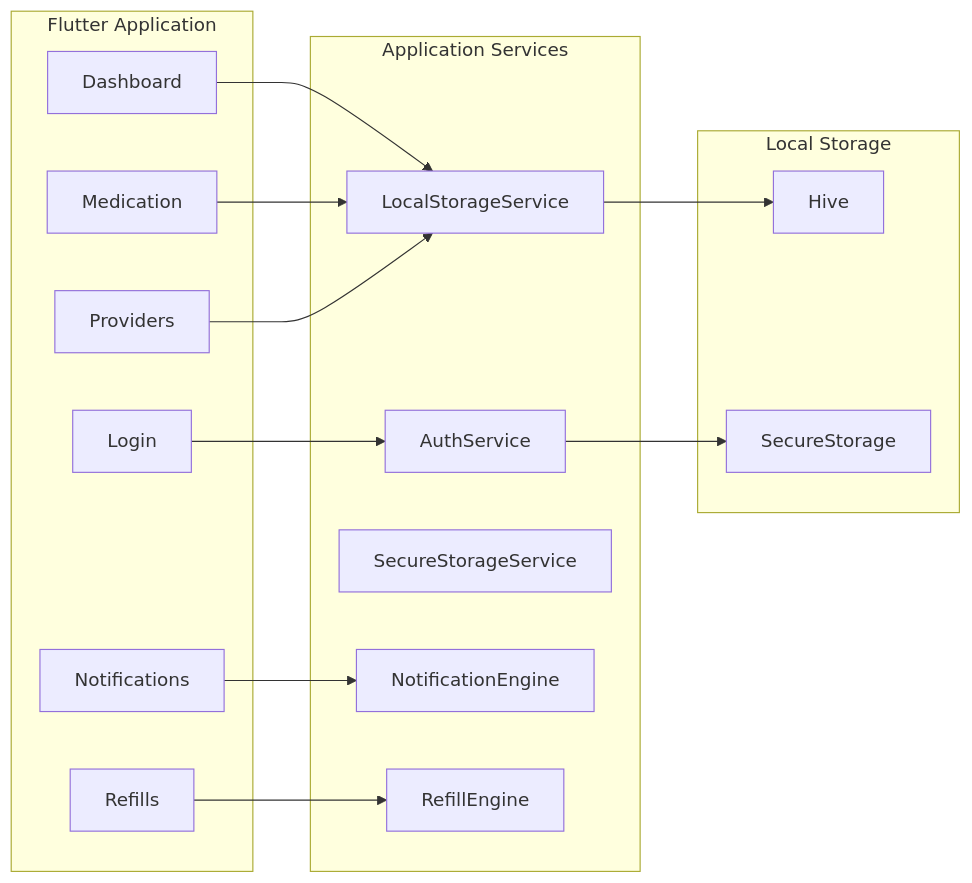
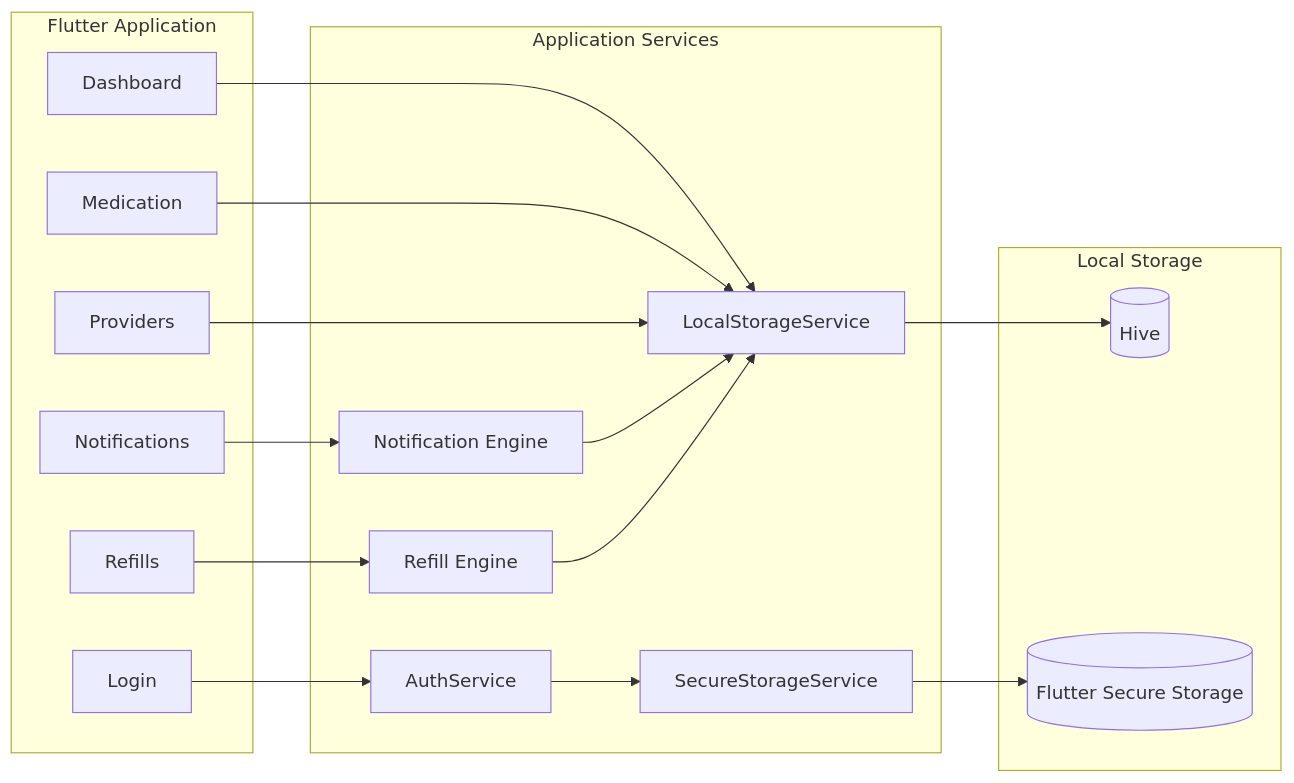
One commit to rxanderx/CSE-397-RxNOW changed the second of 8 diagrams in Teamwork/backEnd-visuals.md. Above: the diagram before and after it, drawn with Mermaid. The commit also changed other lines of this file, not shown here.

````diff
--- a/Teamwork/backEnd-visuals.md
+++ b/Teamwork/backEnd-visuals.md
@@ -85,57 +76,37 @@
 ```mermaid
 flowchart LR
+    subgraph UI[Flutter Application]
+        Login[Login]
+        Dashboard[Dashboard]
+        Medication[Medication]
+        Providers[Providers]
+        Notifications[Notifications]
+        Refills[Refills]
+    end
 
-subgraph Flutter Application
+    subgraph Services[Application Services]
+        AuthService[AuthService]
+        LocalStorageService[LocalStorageService]
+        SecureStorageService[SecureStorageService]
+        NotificationEngine[Notification Engine]
+        RefillEngine[Refill Engine]
+    end
 
-Login
+    subgraph Storage[Local Storage]
+        Hive[(Hive)]
+        SecureStorage[(Flutter Secure Storage)]
+    end
 
-Dashboard
+    Login --> AuthService
+    Dashboard --> LocalStorageService
+    Medication --> LocalStorageService
+    Providers --> LocalStorageService
+    Notifications --> NotificationEngine
+    Refills --> RefillEngine
 
-Medication
-
-Providers
-
-Notifications
-
-Refills
-
-end
-
-subgraph Application Services
-
-AuthService
-
-LocalStorageService
-
-SecureStorageService
-
-NotificationEngine
-
-RefillEngine
-
-end
-
-subgraph Local Storage
-
-Hive
-
-SecureStorage
-
-end
-
-Login --> AuthService
-
-Dashboard --> LocalStorageService
-
-Medication --> LocalStorageService
-
-Providers --> LocalStorageService
-
-Notifications --> NotificationEngine
-
-Refills --> RefillEngine
-
-AuthService --> SecureStorage
-
-LocalStorageService --> Hive
+    AuthService --> SecureStorageService
+    SecureStorageService --> SecureStorage
+    LocalStorageService --> Hive
+    NotificationEngine --> LocalStorageService
+    RefillEngine --> LocalStorageService
 ```
````
